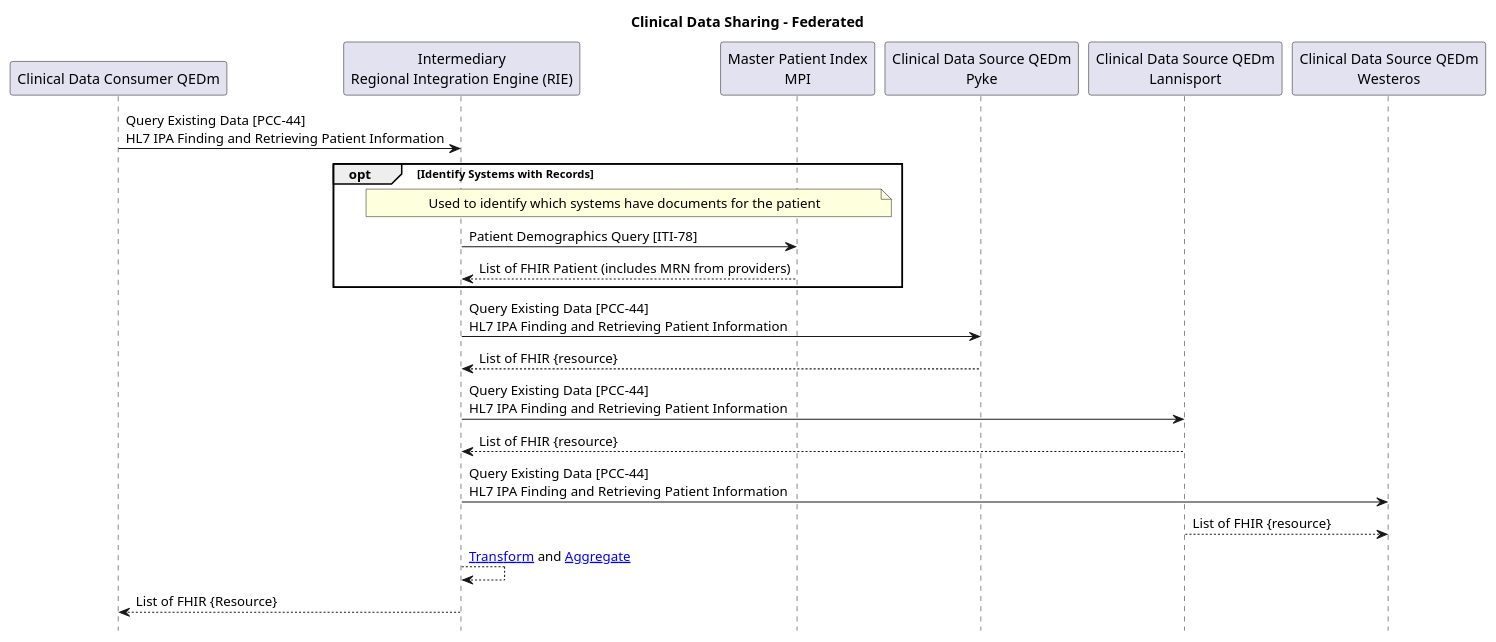
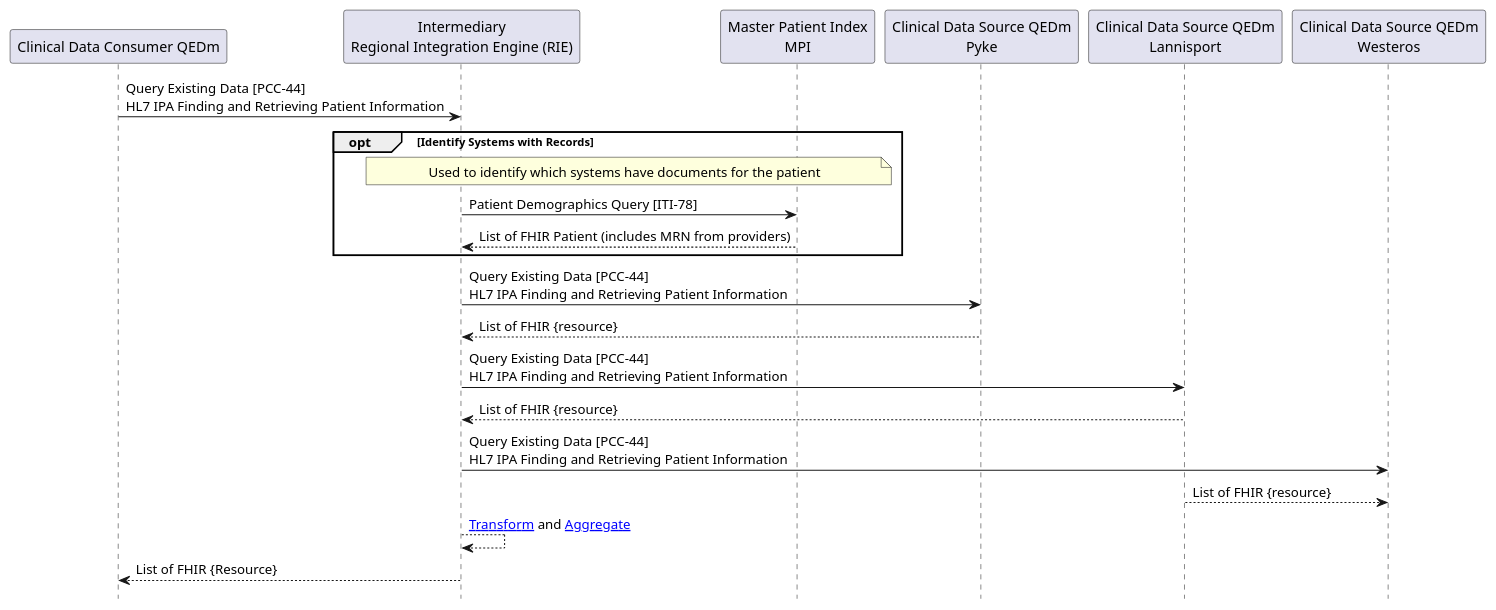
Before and after one commit to nw-gmsa/nw-gmsa.github.com: the diagram in input/images-source/HIE-QEDm-Federated-Sequence.plantuml, drawn with PlantUML. The commit also changed 1 other file, not shown here.

```diff
--- a/input/images-source/HIE-QEDm-Federated-Sequence.plantuml
+++ b/input/images-source/HIE-QEDm-Federated-Sequence.plantuml
@@ -1,43 +1,41 @@
   @startuml
 
   skinparam svgDimensionStyle false
-
-  title "Clinical Data Sharing - Federated"
 
   hide footbox
 
   participant "Clinical Data Consumer QEDm" as DocumentConsumer
 
   participant "Intermediary\nRegional Integration Engine (RIE)" as RIE
 
   participant "Master Patient Index\nMPI" as MPI
 
   participant "Clinical Data Source QEDm\nPyke" as XDS1
 
   participant "Clinical Data Source QEDm\nLannisport" as XDS2
 
   participant "Clinical Data Source QEDm\nWesteros" as IPA
 
   DocumentConsumer -> RIE : Query Existing Data [PCC-44]\nHL7 IPA Finding and Retrieving Patient Information
 
   opt Identify Systems with Records
     note over RIE, MPI: Used to identify which systems have documents for the patient
     RIE -> MPI: Patient Demographics Query [ITI-78]
     MPI --> RIE: List of FHIR Patient (includes MRN from providers)
   end
 
   RIE -> XDS1 : Query Existing Data [PCC-44]\nHL7 IPA Finding and Retrieving Patient Information
 
   XDS1 --> RIE: List of FHIR {resource}
 
   RIE -> XDS2 : Query Existing Data [PCC-44]\nHL7 IPA Finding and Retrieving Patient Information
   XDS2 --> RIE: List of FHIR {resource}
 
   RIE -> IPA : Query Existing Data [PCC-44]\nHL7 IPA Finding and Retrieving Patient Information
   XDS2 --> IPA: List of FHIR {resource}
 
   RIE --> RIE: [[https://www.enterpriseintegrationpatterns.com/patterns/messaging/MessageTranslator.html Transform]] and [[https://www.enterpriseintegrationpatterns.com/patterns/messaging/Aggregator.html Aggregate]]
 
   RIE --> DocumentConsumer: List of FHIR {Resource}
 
   @enduml
```
